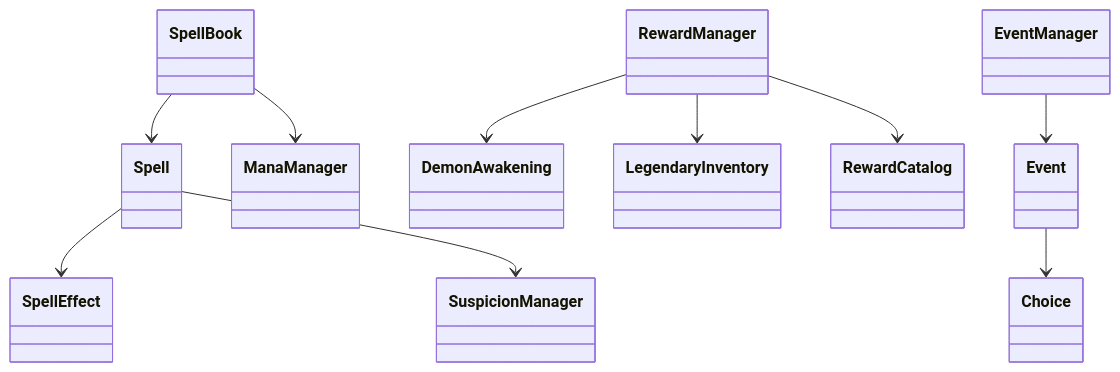
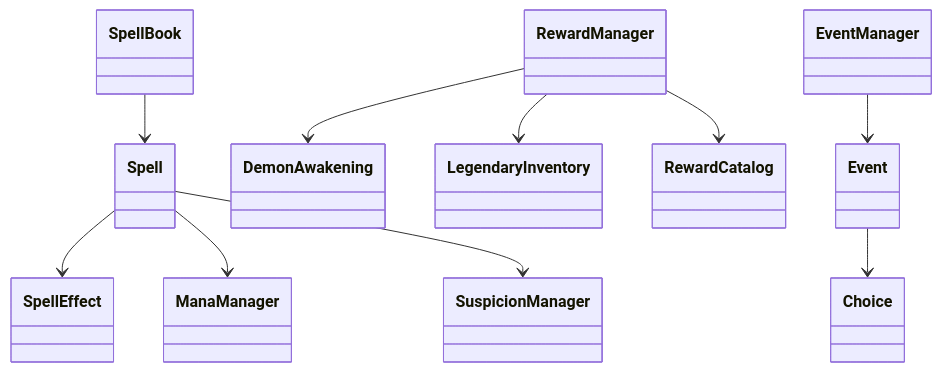
One commit to rlatndud9090/frdy changed the fifth of 6 diagrams in CLASS_DIAGRAM.md. Above: the diagram before and after it, drawn with Mermaid. The commit also changed other lines of this file, not shown here.

First line of the commit message:
docs(core): CLASS_DIAGRAM 관계 정정 (#65)

````diff
--- a/CLASS_DIAGRAM.md
+++ b/CLASS_DIAGRAM.md
@@ -147,29 +147,28 @@
 ```mermaid
 classDiagram
   class Spell
   class SpellBook
   class SpellEffect
   class ManaManager
   class SuspicionManager
 
   class RewardManager
   class DemonAwakening
   class LegendaryInventory
   class RewardCatalog
 
   class EventManager
   class Event
   class Choice
 
   SpellBook --> Spell
   Spell --> SpellEffect
   RewardManager --> RewardCatalog
   RewardManager --> DemonAwakening
   RewardManager --> LegendaryInventory
 
   EventManager --> Event
   Event --> Choice
-
-  SpellBook --> ManaManager
+  Spell --> ManaManager
   Spell --> SuspicionManager
 ```
````
